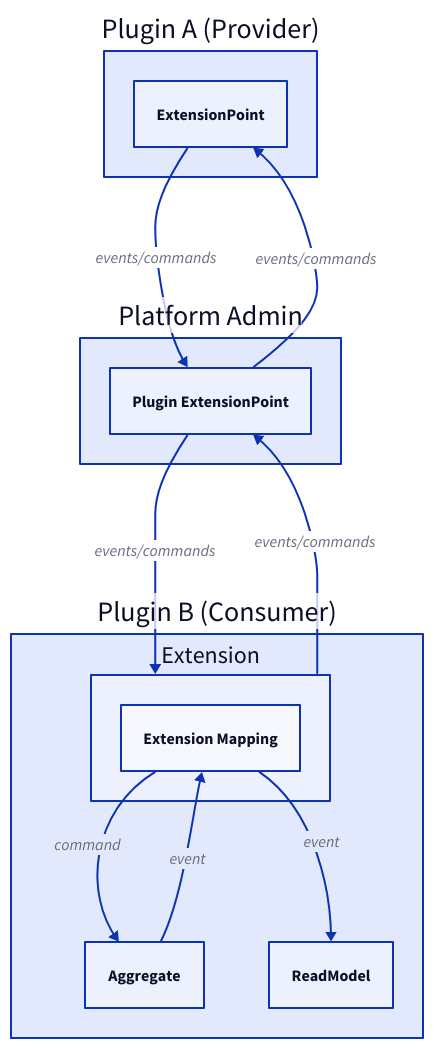
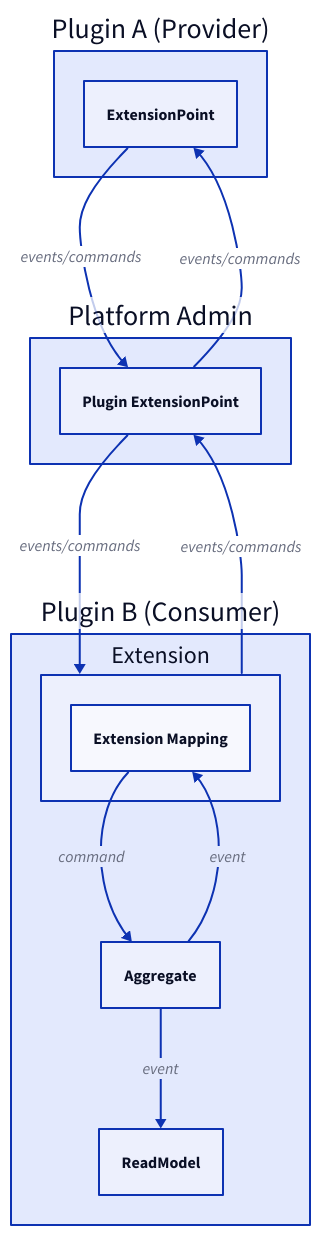
The first of 4 diagrams in packages/doc/docs-app/components/extension.md (ReventlessDev/reventless-core), drawn with D2 before and after one commit. The commit also changed other lines of this file and 28 other files, not shown here.

````diff
--- a/packages/doc/docs-app/components/extension.md
+++ b/packages/doc/docs-app/components/extension.md
@@ -15,32 +15,32 @@
 ```d2
 PluginA: "Plugin A (Provider)" {
   class: plugin-area
   EP: ExtensionPoint { class: extension-point }
 }
 
 Admin: Platform Admin {
   class: external-system
   PEP: Plugin ExtensionPoint { class: extension-point }
 }
 
 PluginB: "Plugin B (Consumer)" {
   class: plugin-area
 
   Ext: Extension {
     class: extension
     ExtM: Extension Mapping { class: event-mapper }
   }
 
   Agg: Aggregate { class: aggregate }
   RM: ReadModel { class: read-model }
 
   Ext.ExtM -> Agg: command { class: command-flow }
-  Ext.ExtM -> RM: event { class: projection-flow }
+  Agg -> RM: event { class: projection-flow }
   Agg -> Ext.ExtM: event { class: event-flow }
 }
 
 PluginA.EP -> Admin.PEP: events/commands { class: cross-plugin }
 Admin.PEP -> PluginA.EP: events/commands { class: cross-plugin }
 Admin.PEP -> PluginB.Ext: events/commands { class: cross-plugin }
 PluginB.Ext -> Admin.PEP: events/commands { class: cross-plugin }
 ```
````
